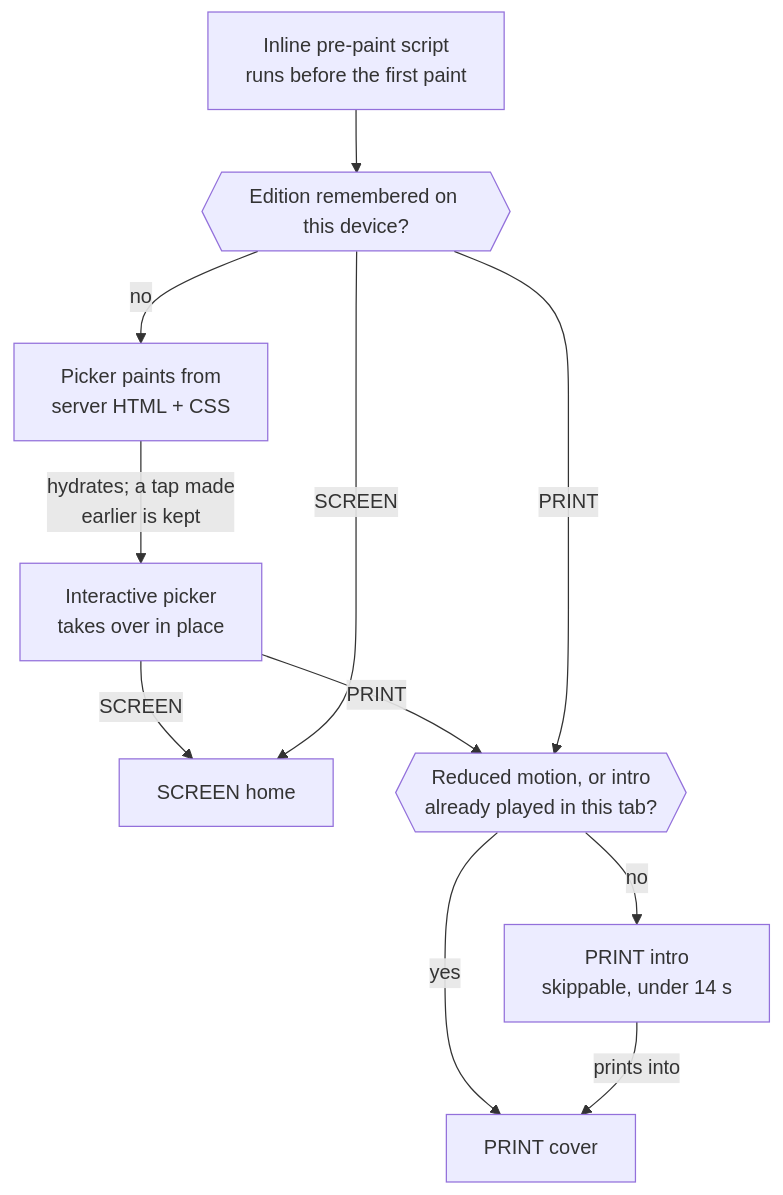
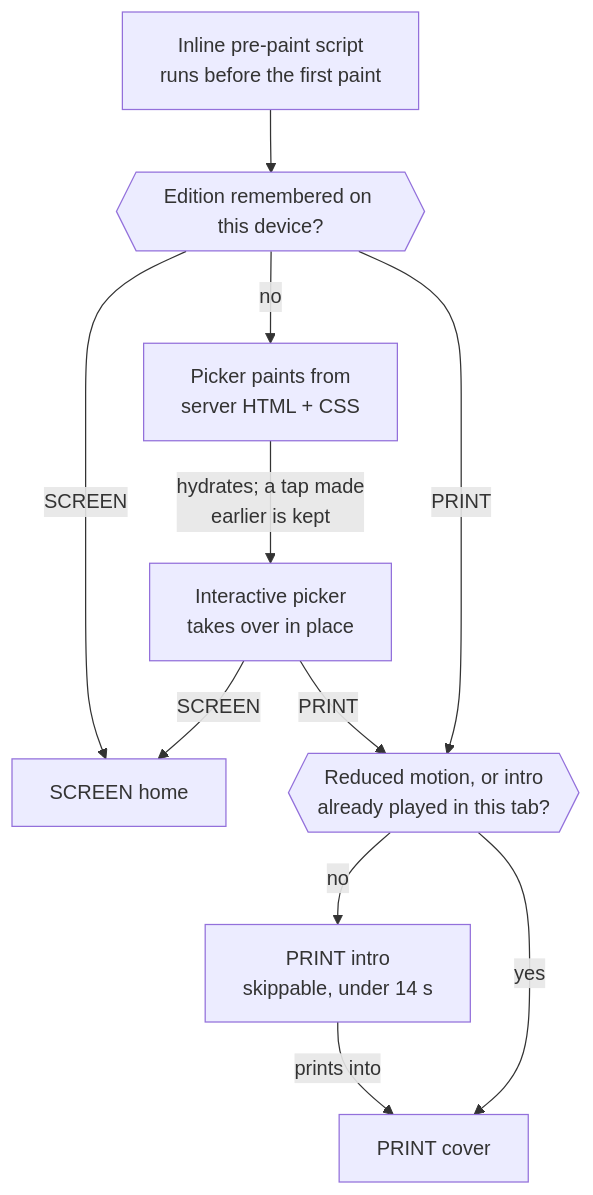
Before and after one commit to darshanrk18/darshan-eportfolio: the first of 2 diagrams in README.md, drawn with Mermaid. The commit also changed other lines of this file and 8 other files, not shown here.

````diff
--- a/README.md
+++ b/README.md
@@ -151,13 +162,13 @@
 ```mermaid
 flowchart TD
   pre["Inline pre-paint script<br/>runs before the first paint"] --> stored{{"Edition remembered on this device?"}}
+  stored -- "SCREEN" --> screen["SCREEN home"]
   stored -- "no" --> shell["Picker paints from<br/>server HTML + CSS"]
+  stored -- "PRINT" --> gate{{"Reduced motion, or intro<br/>already played in this tab?"}}
   shell -- "hydrates; a tap made<br/>earlier is kept" --> surface["Interactive picker<br/>takes over in place"]
-  surface -- "SCREEN" --> screen["SCREEN home"]
-  stored -- "SCREEN" --> screen
-  surface -- "PRINT" --> gate{{"Reduced motion, or intro<br/>already played in this tab?"}}
-  stored -- "PRINT" --> gate
+  surface -- "SCREEN" --> screen
+  surface -- "PRINT" --> gate
   gate -- "no" --> intro["PRINT intro<br/>skippable, under 14 s"]
   gate -- "yes" --> cover["PRINT cover"]
   intro -- "prints into" --> cover
 ```
````
